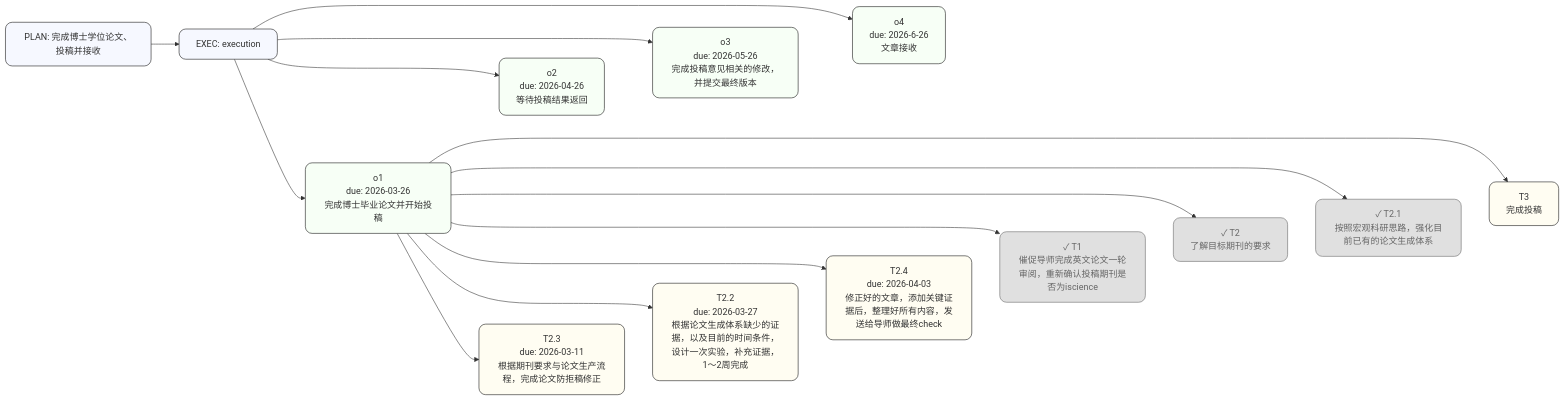
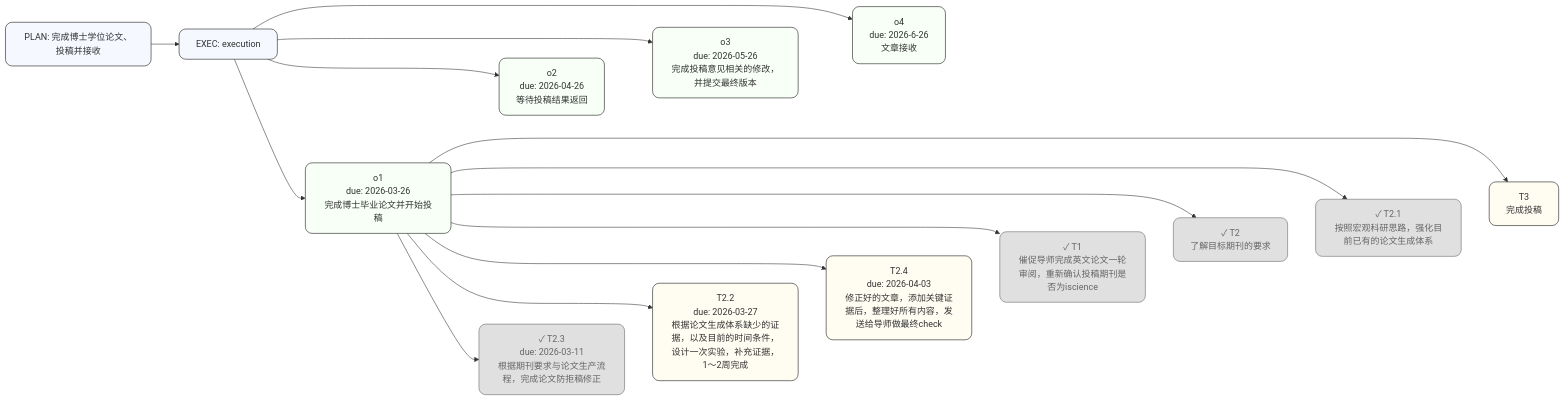
One commit to gbm19950414-ux/Hypothesis-driven-Task-Management-System changed the diagram in outputs/plan_学位证书_graph.mmd. Above: the diagram before and after it, drawn with Mermaid. The commit also changed 16 other files, not shown here.

```diff
--- a/outputs/plan_学位证书_graph.mmd
+++ b/outputs/plan_学位证书_graph.mmd
@@ -1,41 +1,41 @@
 flowchart LR
 classDef card fill:#ffffff,stroke:#111,stroke-width:1px,rx:10,ry:10;
 classDef plan fill:#f6f8ff,stroke:#111,stroke-width:1px,rx:12,ry:12;
 classDef obj fill:#f7fff6,stroke:#111,stroke-width:1px,rx:12,ry:12;
 classDef hyp fill:#fff6fb,stroke:#111,stroke-width:1px,rx:12,ry:12;
 classDef task fill:#fffdf2,stroke:#111,stroke-width:1px,rx:12,ry:12;
 classDef done fill:#e0e0e0,stroke:#666,stroke-width:1px,color:#666,rx:12,ry:12;
 PLAN["PLAN: 完成博士学位论文、投稿并接收"]:::plan
 EP["EXEC: execution"]:::plan
 PLAN --> EP
 OBJ_o1["o1<br/>due: 2026-03-26<br/>完成博士毕业论文并开始投稿"]:::obj
 EP --> OBJ_o1
 OBJ_o2["o2<br/>due: 2026-04-26<br/>等待投稿结果返回"]:::obj
 EP --> OBJ_o2
 OBJ_o3["o3<br/>due: 2026-05-26<br/>完成投稿意见相关的修改，并提交最终版本"]:::obj
 EP --> OBJ_o3
 OBJ_o4["o4<br/>due: 2026-6-26<br/>文章接收"]:::obj
 EP --> OBJ_o4
 OBJ_o1 ~~~ OBJ_o2
 OBJ_o2 ~~~ OBJ_o3
 OBJ_o3 ~~~ OBJ_o4
-TASK_T2.3["T2.3<br/>due: 2026-03-11<br/>根据期刊要求与论文生产流程，完成论文防拒稿修正"]:::task
+TASK_T2.3["✓ T2.3<br/>due: 2026-03-11<br/>根据期刊要求与论文生产流程，完成论文防拒稿修正"]:::done
 OBJ_o1 --> TASK_T2.3
 TASK_T2.2["T2.2<br/>due: 2026-03-27<br/>根据论文生成体系缺少的证据，以及目前的时间条件，设计一次实验，补充证据，1～2周完成"]:::task
 OBJ_o1 --> TASK_T2.2
 TASK_T2.4["T2.4<br/>due: 2026-04-03<br/>修正好的文章，添加关键证据后，整理好所有内容，发送给导师做最终check"]:::task
 OBJ_o1 --> TASK_T2.4
 TASK_T1["✓ T1<br/>催促导师完成英文论文一轮审阅，重新确认投稿期刊是否为iscience"]:::done
 OBJ_o1 --> TASK_T1
 TASK_T2["✓ T2<br/>了解目标期刊的要求"]:::done
 OBJ_o1 --> TASK_T2
 TASK_T2.1["✓ T2.1<br/>按照宏观科研思路，强化目前已有的论文生成体系"]:::done
 OBJ_o1 --> TASK_T2.1
 TASK_T3["T3<br/>完成投稿"]:::task
 OBJ_o1 --> TASK_T3
 TASK_T2.3 ~~~ TASK_T2.2
 TASK_T2.2 ~~~ TASK_T2.4
 TASK_T2.4 ~~~ TASK_T1
 TASK_T1 ~~~ TASK_T2
 TASK_T2 ~~~ TASK_T2.1
 TASK_T2.1 ~~~ TASK_T3
```
